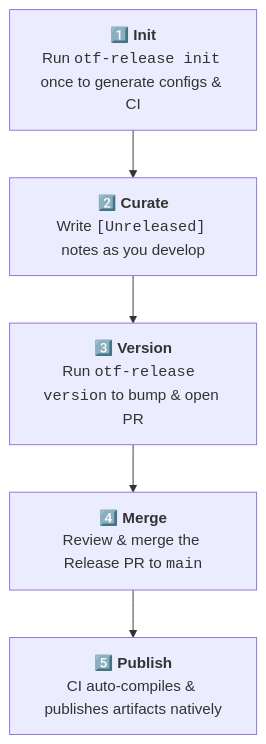
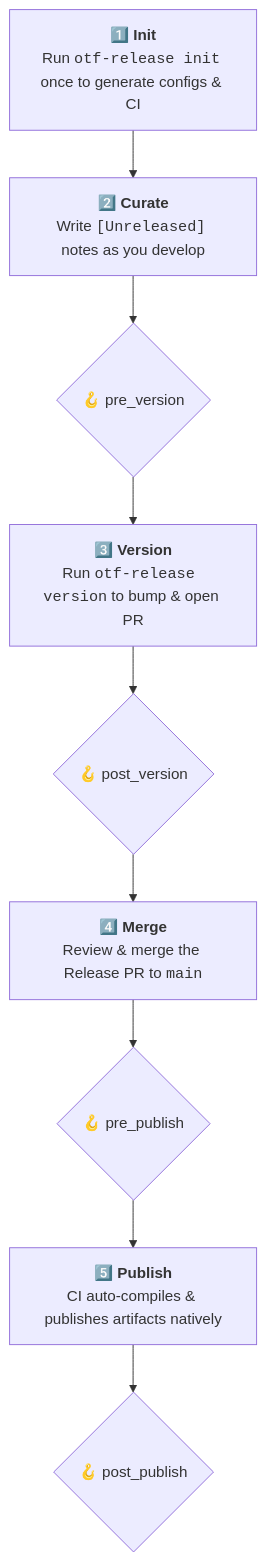
The diagram in README.md (Open-Tech-Foundation/release), drawn with Mermaid before and after one commit. The commit also changed other lines of this file, not shown here.

Commit message:
docs: add lifecycle hooks to README and Mermaid workflow

````diff
--- a/README.md
+++ b/README.md
@@ -49,10 +49,14 @@
 ```mermaid
 flowchart TD
     Init["1️⃣ <b>Init</b><br/>Run <code>otf-release init</code> once to generate configs & CI"]
     Curate["2️⃣ <b>Curate</b><br/>Write <code>[Unreleased]</code> notes as you develop"]
+    PreVersion{"🪝 pre_version"}
     Version["3️⃣ <b>Version</b><br/>Run <code>otf-release version</code> to bump & open PR"]
+    PostVersion{"🪝 post_version"}
     Merge["4️⃣ <b>Merge</b><br/>Review & merge the Release PR to <code>main</code>"]
+    PrePublish{"🪝 pre_publish"}
     Publish["5️⃣ <b>Publish</b><br/>CI auto-compiles & publishes artifacts natively"]
+    PostPublish{"🪝 post_publish"}
 
-    Init --> Curate --> Version --> Merge --> Publish
+    Init --> Curate --> PreVersion --> Version --> PostVersion --> Merge --> PrePublish --> Publish --> PostPublish
 ```
````
